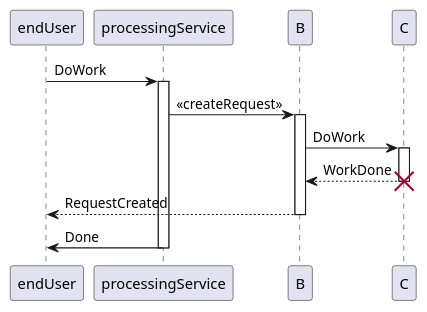
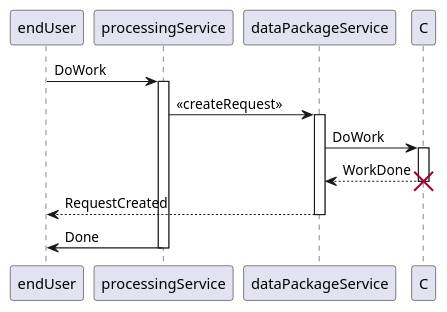
Before and after one commit to Terradue/doc-tep-geohazards-arch: the sixth of 6 diagrams in source/enterprise/scope.rst, drawn with PlantUML.

```diff
--- a/source/enterprise/scope.rst
+++ b/source/enterprise/scope.rst
@@ -106,20 +106,20 @@
 .. uml::
 
        participant endUser
 
        endUser -> processingService: DoWork
        activate processingService
 
-       processingService -> B: << createRequest >>
-       activate B
+       processingService -> dataPackageService: << createRequest >>
+       activate dataPackageService
 
-       B -> C: DoWork
+       dataPackageService -> C: DoWork
        activate C
-       C --> B: WorkDone
+       C --> dataPackageService: WorkDone
        destroy C
 
-       B --> endUser: RequestCreated
-       deactivate B
+       dataPackageService --> endUser: RequestCreated
+       deactivate dataPackageService
 
        processingService -> endUser: Done
        deactivate processingService
```
